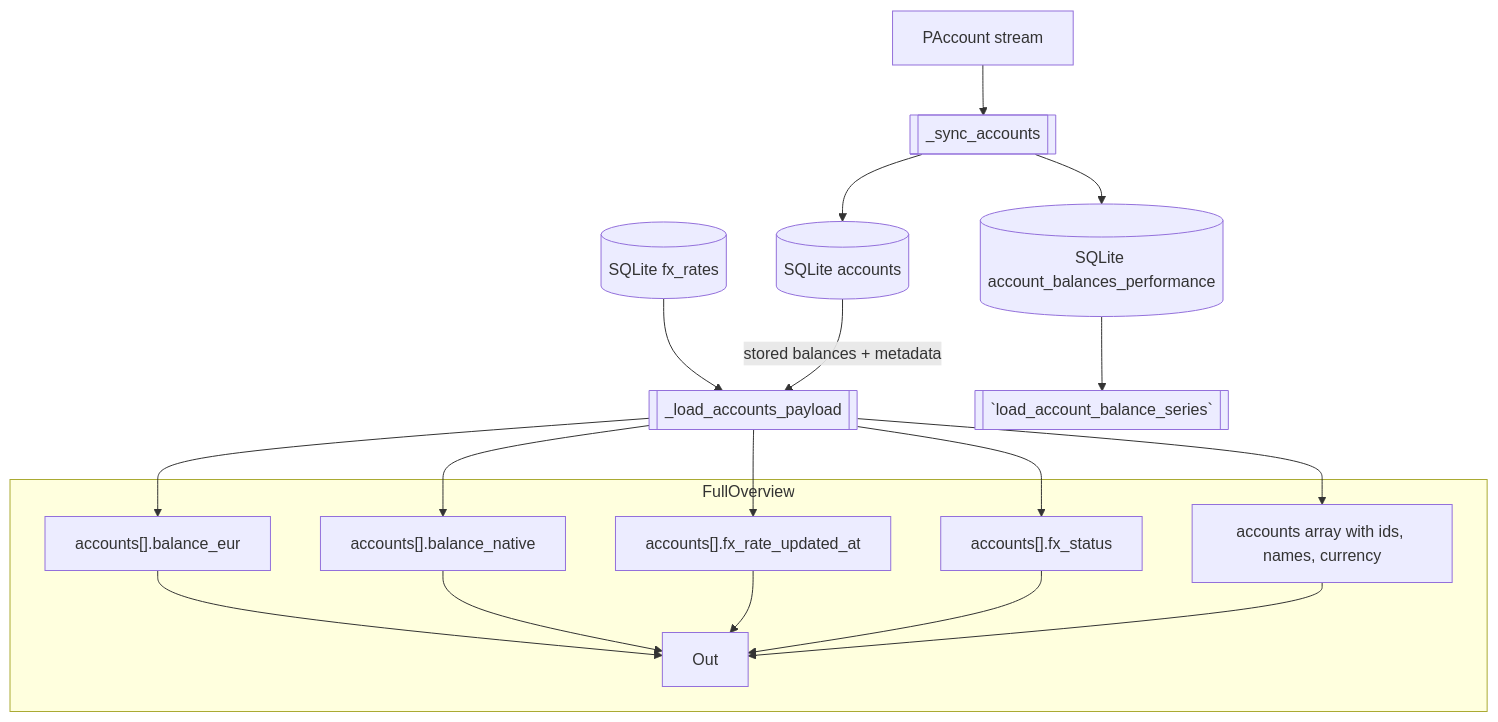
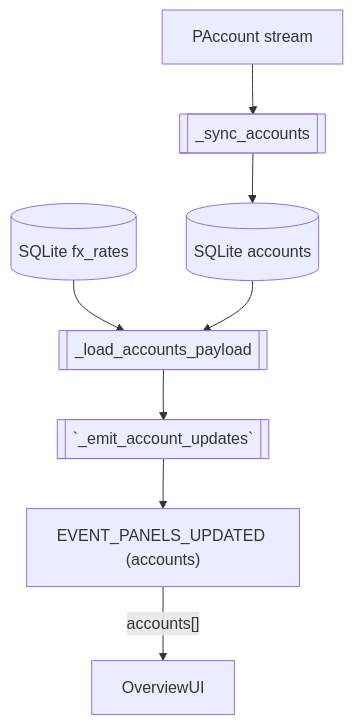
Before and after one commit to Freakandi/ha-pp-reader: the second of 4 diagrams in datamodel/backend-datamodel-visualizations.md, drawn with Mermaid. The commit also changed other lines of this file and 6 other files, not shown here.

Commit message:
fix mermaid labels for overview docs

````diff
--- a/datamodel/backend-datamodel-visualizations.md
+++ b/datamodel/backend-datamodel-visualizations.md
@@ -57,22 +50,10 @@
 ```mermaid
 flowchart TD
-  Proto["PAccount stream"]
-  Proto --> Sync[[_sync_accounts]]
-  Sync --> DB[(SQLite accounts)]
-  Sync --> AccPerfDB[(SQLite account_balances_performance)]
-  Rates[(SQLite fx_rates)] --> Loader[[_load_accounts_payload]]
-  DB -->|stored balances + metadata| Loader
-  Loader --> Balance["accounts[].balance_eur"]
-  Loader --> Native["accounts[].balance_native"]
-  Loader --> FXDate["accounts[].fx_rate_updated_at"]
-  Loader --> FXStatus["accounts[].fx_status"]
-  Loader --> Identity["accounts array with ids, names, currency"]
-  subgraph FullOverview
-    Balance --> Out
-    Native --> Out
-    FXDate --> Out
-    FXStatus --> Out
-    Identity --> Out
-  end
-  AccPerfDB --> Trend[[`load_account_balance_series`]]
+  Proto["PAccount stream"] --> Sync[[_sync_accounts]]
+  Sync --> AccountsDB[("SQLite accounts")]
+  FXRates[("SQLite fx_rates")] --> Loader[[_load_accounts_payload]]
+  AccountsDB --> Loader
+  Loader --> PushHelper[[`_emit_account_updates`]]
+  PushHelper --> EventBus["EVENT_PANELS_UPDATED (accounts)"]
+  EventBus -->|"accounts[]"| OverviewUI
 ```
````
